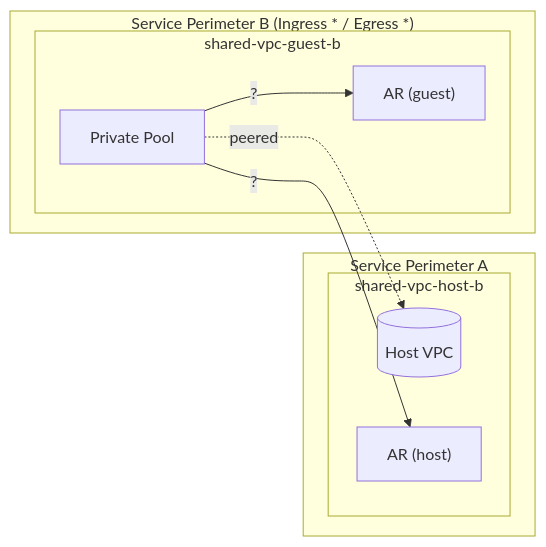
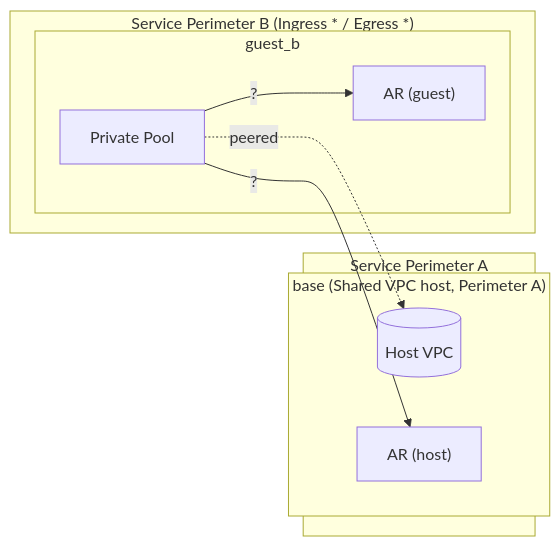
Before and after one commit to katonium/articles: the seventh of 10 diagrams in samplecodes/cloudbuild-private-pool/README.md, drawn with Mermaid. The commit also changed other lines of this file, not shown here.

````diff
--- a/samplecodes/cloudbuild-private-pool/README.md
+++ b/samplecodes/cloudbuild-private-pool/README.md
@@ -203,18 +199,18 @@
 ```mermaid
 flowchart LR
   subgraph PA["Service Perimeter A"]
-    subgraph HostB["shared-vpc-host-b"]
+    subgraph HostB["base (Shared VPC host, Perimeter A)"]
       HostBVPC[(Host VPC)]
       HostBAR["AR (host)"]
     end
   end
   subgraph PB["Service Perimeter B (Ingress * / Egress *)"]
-    subgraph GuestB["shared-vpc-guest-b"]
+    subgraph GuestB["guest_b"]
       GBPool["Private Pool"]
       GuestBAR["AR (guest)"]
     end
   end
   GBPool -.peered.-> HostBVPC
   GBPool -- "?" --> HostBAR
   GBPool -- "?" --> GuestBAR
 ```
````
